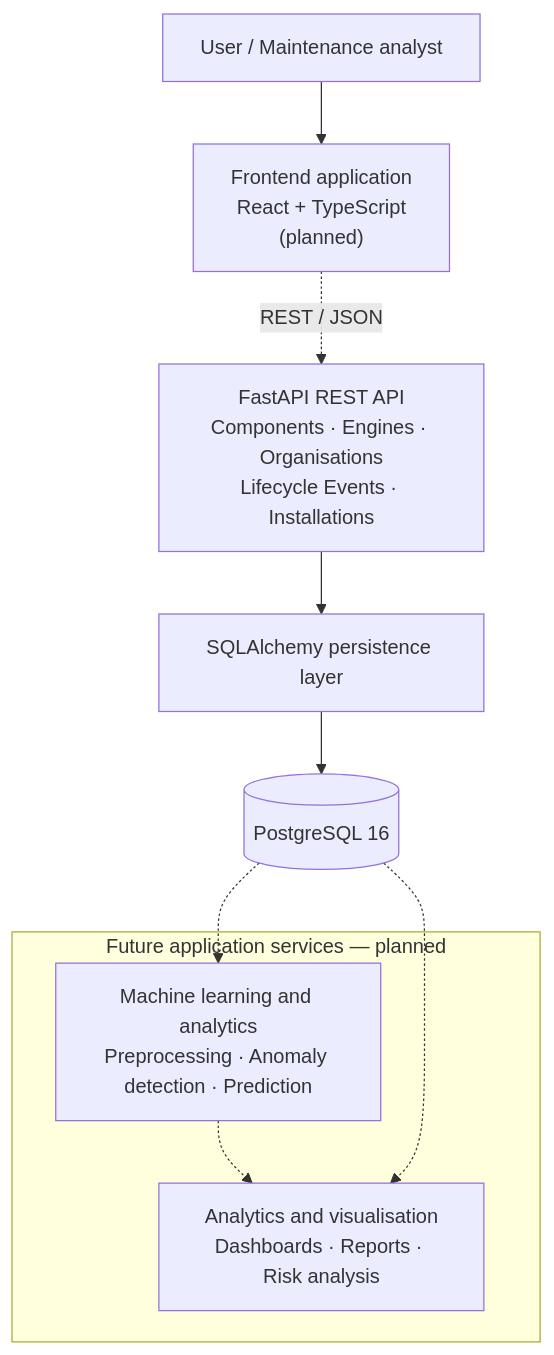
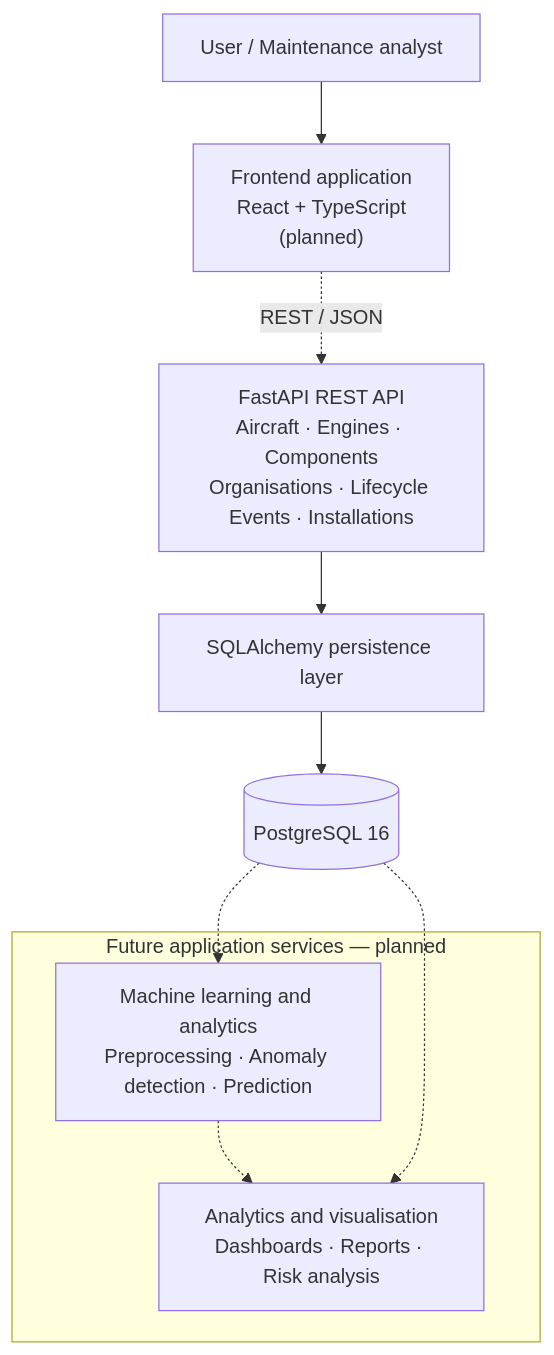
The fourth of 4 diagrams in README.md (krista9669/aerotrace), drawn with Mermaid before and after one commit. The commit also changed other lines of this file and 4 other files, not shown here.

````diff
--- a/README.md
+++ b/README.md
@@ -313,19 +353,19 @@
 ```mermaid
 flowchart TB
     User["User / Maintenance analyst"]
     UI["Frontend application<br/>React + TypeScript<br/>(planned)"]
-    API["FastAPI REST API<br/>Components · Engines · Organisations<br/>Lifecycle Events · Installations"]
+    API["FastAPI REST API<br/>Aircraft · Engines · Components<br/>Organisations · Lifecycle Events · Installations"]
     subgraph Services["Future application services — planned"]
         ML["Machine learning and analytics<br/>Preprocessing · Anomaly detection · Prediction"]
         Reports["Analytics and visualisation<br/>Dashboards · Reports · Risk analysis"]
     end
     ORM["SQLAlchemy persistence layer"]
     DB[("PostgreSQL 16")]
     User --> UI
     UI -.->|"REST / JSON"| API
     API --> ORM
     ORM --> DB
     DB -.-> ML
     ML -.-> Reports
     DB -.-> Reports
 ```
````
